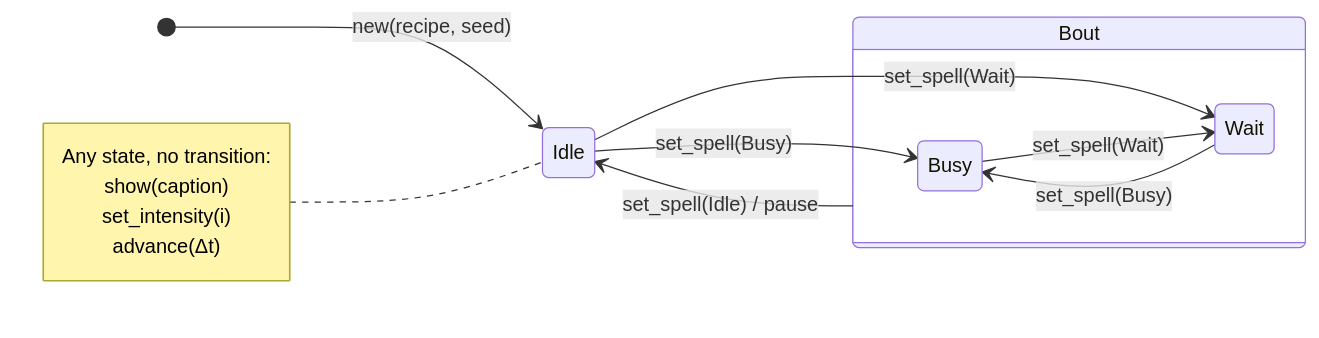
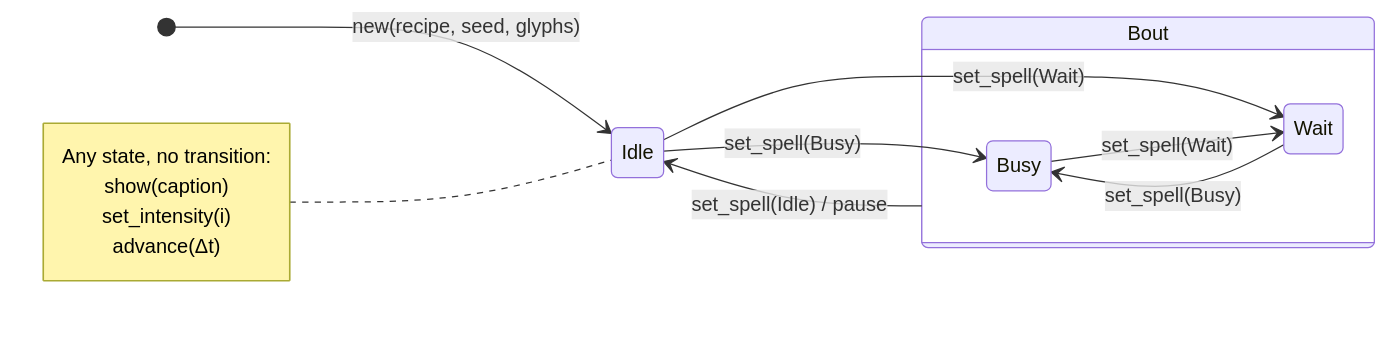
One commit to aoaoaoaoaoaoaoaoaoaoaoaoaoaoaoaoaoaoaoa/libshimmer changed the fifth of 6 diagrams in design/DESIGN.md. Above: the diagram before and after it, drawn with Mermaid. The commit also changed other lines of this file, not shown here.

````diff
--- a/design/DESIGN.md
+++ b/design/DESIGN.md
@@ -238,18 +262,18 @@
 ```mermaid
 stateDiagram-v2
   direction LR
-  [*] --> Idle: new(recipe, seed)
+  [*] --> Idle: new(recipe, seed, glyphs)
   Idle --> Busy: set_spell(Busy)
   Idle --> Wait: set_spell(Wait)
   state Bout {
     Busy --> Wait: set_spell(Wait)
     Wait --> Busy: set_spell(Busy)
   }
   Bout --> Idle: set_spell(Idle) / pause
   note left of Idle
     Any state, no transition:
     show(caption)
     set_intensity(i)
     advance(Δt)
   end note
 ```
````
